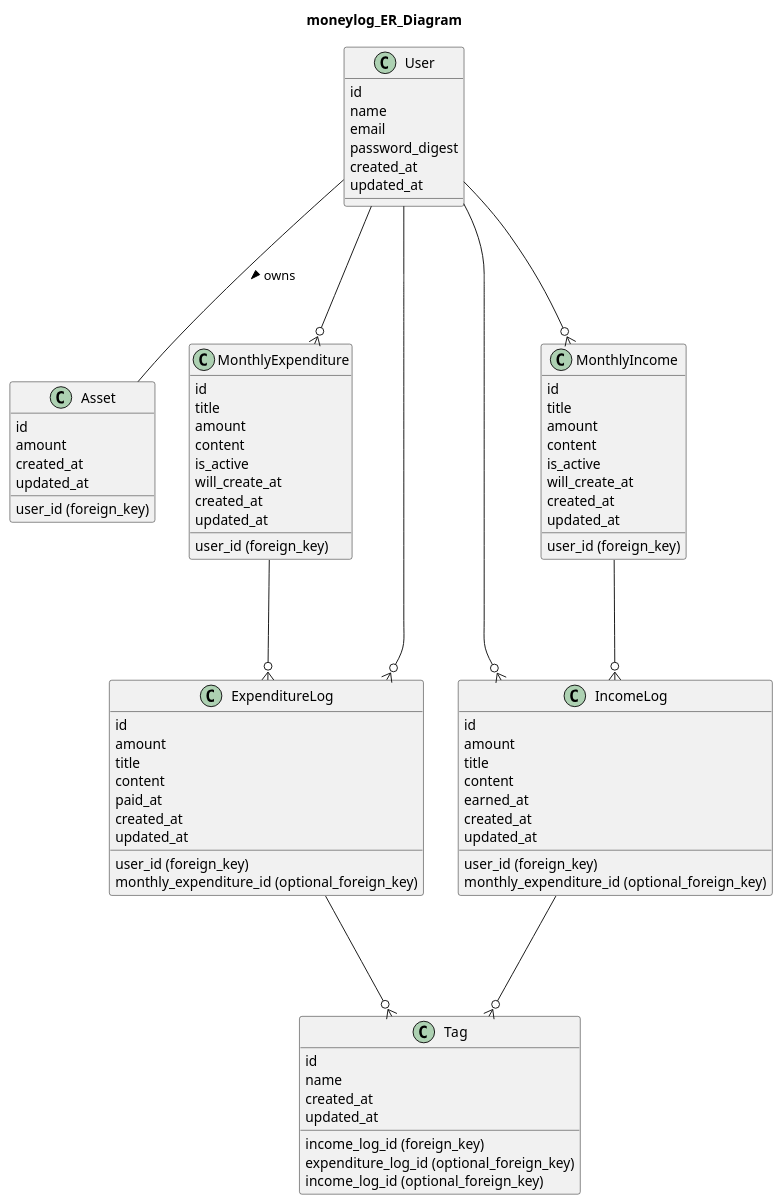
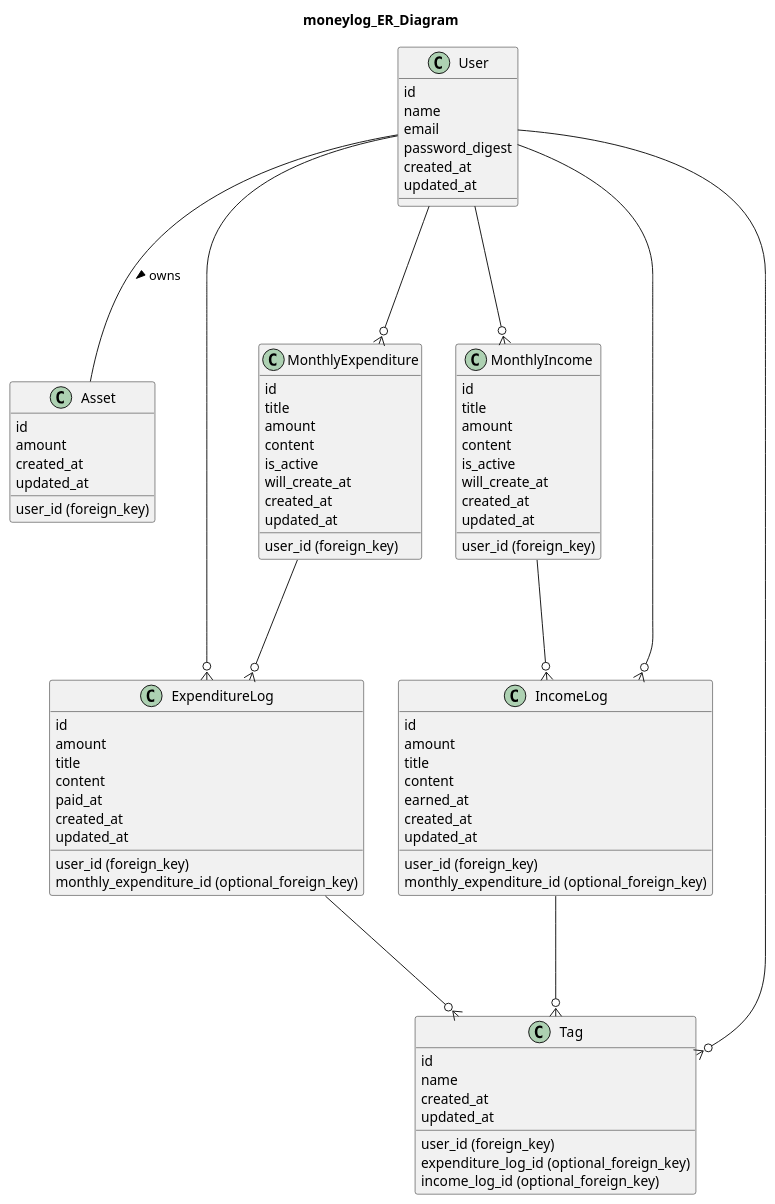
One commit to digitter/moneylog changed the diagram in moneylog_doc/moneylog_uml.pu. Above: the diagram before and after it, drawn with PlantUML.

Commit message:
update uml

```diff
--- a/moneylog_doc/moneylog_uml.pu
+++ b/moneylog_doc/moneylog_uml.pu
@@ -1,85 +1,86 @@
 @startuml
   title moneylog_ER_Diagram
 
   ' Relationship
   User --- Asset: owns >
   User ---o{ ExpenditureLog
   User ---o{ IncomeLog
   User ---o{ MonthlyExpenditure
   User ---o{ MonthlyIncome
+  User ---o{ Tag
 
   MonthlyExpenditure ---o{ ExpenditureLog
   MonthlyIncome ---o{ IncomeLog
 
   IncomeLog ---o{ Tag
   ExpenditureLog ---o{ Tag
 
   class User {
     id
     name
     email
     password_digest
     created_at
     updated_at
   }
   class Asset {
     id
     user_id (foreign_key)
     amount
     created_at
     updated_at
   }
   class MonthlyExpenditure {
     id
     user_id (foreign_key)
     title
     amount
     content
     is_active
     will_create_at
     created_at
     updated_at
   }
   class MonthlyIncome {
     id
     user_id (foreign_key)
     title
     amount
     content
     is_active
     will_create_at
     created_at
     updated_at
   }
   class IncomeLog {
     id
     user_id (foreign_key)
     monthly_expenditure_id (optional_foreign_key)
     amount
     title
     content
     earned_at
     created_at
     updated_at
   }
   class ExpenditureLog {
     id
     user_id (foreign_key)
     monthly_expenditure_id (optional_foreign_key)
     amount
     title
     content
     paid_at
     created_at
     updated_at
   }
   class Tag {
     id
-    income_log_id (foreign_key)
+    user_id (foreign_key)
     expenditure_log_id (optional_foreign_key)
     income_log_id (optional_foreign_key)
     name
     created_at
     updated_at
   }
 @enduml
```
